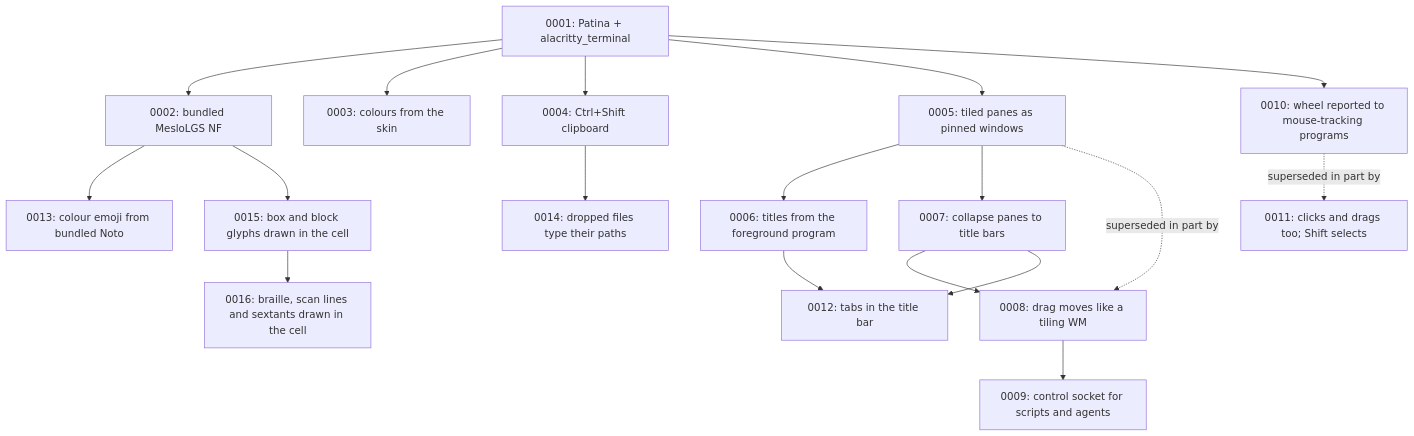
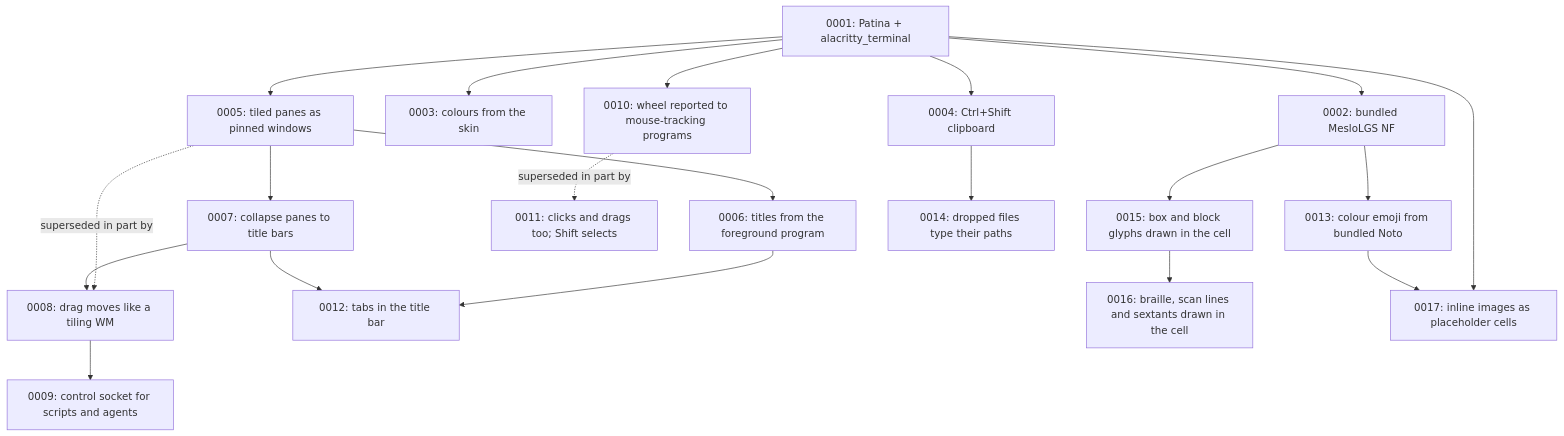
Before and after one commit to Sector-F-Labs/teleprinter: the diagram in docs/adr/README.md, drawn with Mermaid. The commit also changed other lines of this file and 2 other files, not shown here.

Commit message:
ADR-0017: inline images as placeholder cells; note src/images.rs

````diff
--- a/docs/adr/README.md
+++ b/docs/adr/README.md
@@ -64,20 +65,22 @@
 ```mermaid
 flowchart TD
     A[0001: Patina + alacritty_terminal] --> B[0002: bundled MesloLGS NF]
     A --> C[0003: colours from the skin]
     A --> D[0004: Ctrl+Shift clipboard]
     A --> E[0005: tiled panes as pinned windows]
     E --> F[0006: titles from the foreground program]
     E --> G[0007: collapse panes to title bars]
     E -.superseded in part by.-> H[0008: drag moves like a tiling WM]
     G --> H
     H --> I[0009: control socket for scripts and agents]
     A --> J[0010: wheel reported to mouse-tracking programs]
     J -.superseded in part by.-> K[0011: clicks and drags too; Shift selects]
     F --> L[0012: tabs in the title bar]
     G --> L
     B --> M[0013: colour emoji from bundled Noto]
     D --> N[0014: dropped files type their paths]
     B --> O[0015: box and block glyphs drawn in the cell]
     O --> P[0016: braille, scan lines and sextants drawn in the cell]
+    A --> Q[0017: inline images as placeholder cells]
+    M --> Q
 ```
````
